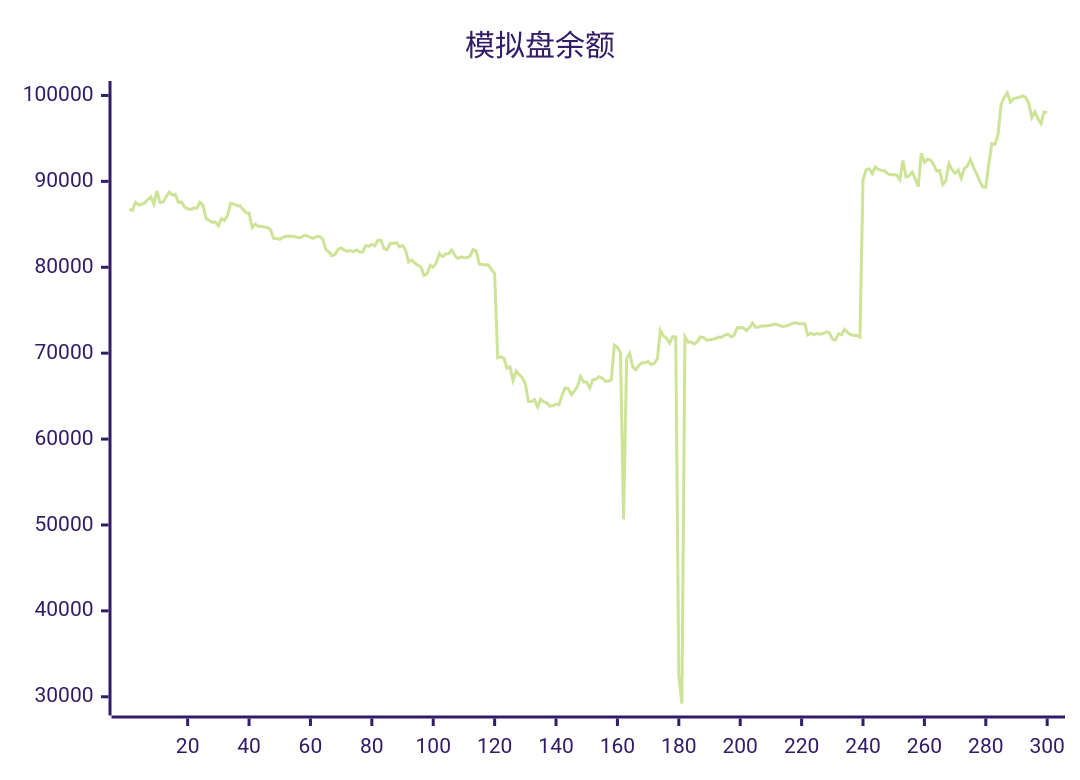
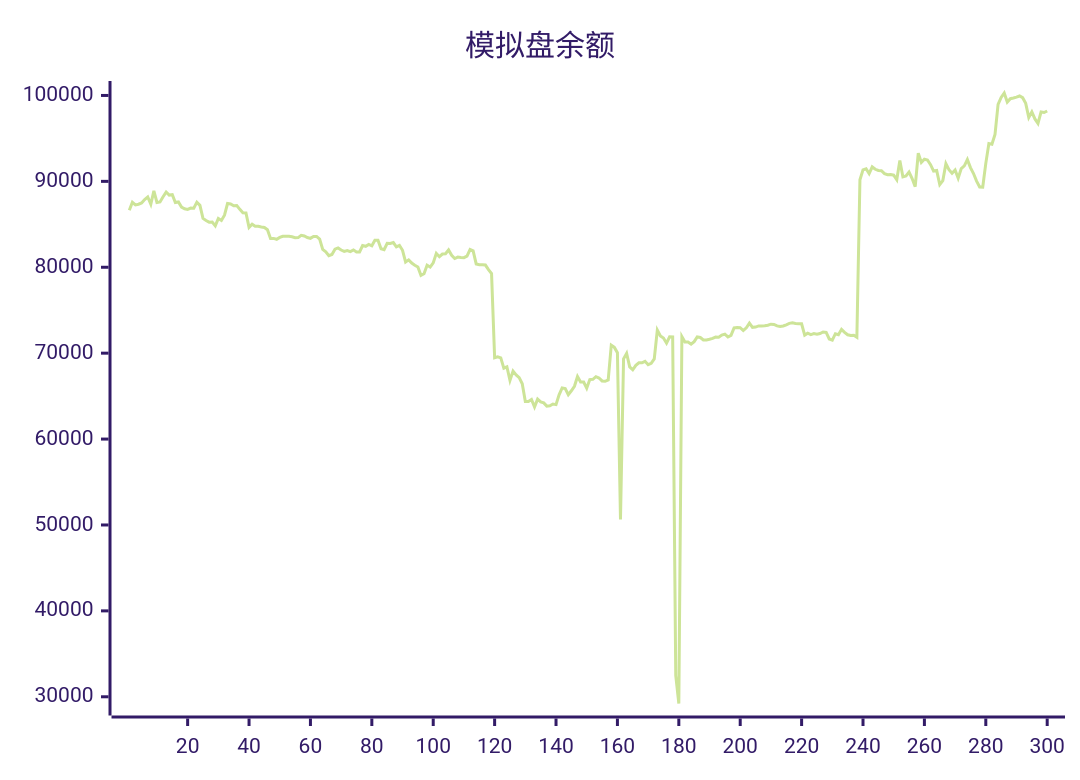
Before and after one commit to aahl/ai-trading: the diagram in README.md, drawn with Mermaid (forest theme). The commit also changed other lines of this file and 1 other file, not shown here.

````diff
--- a/README.md
+++ b/README.md
@@ -5,5 +5,5 @@
 ```mermaid
 xychart
     title "模拟盘余额"
-    line [86740,86630,87563,87264,87335,87483,87886,88180,87335,88894,87544,87608,88207,88755,88401,88444,87543,87608,87000,86810,86740,86894,86884,87576,87209,85686,85435,85251,85255,84820,85689,85453,86066,87420,87373,87161,87178,86740,86341,86315,84643,85012,84772,84768,84690,84635,84376,83360,83357,83259,83474,83608,83606,83602,83548,83440,83454,83724,83644,83464,83365,83590,83592,83275,82072,81806,81344,81492,82109,82254,82006,81848,81955,81829,82022,81769,81776,82522,82441,82656,82498,83144,83144,82150,82038,82797,82763,82872,82367,82536,81981,80612,80862,80484,80242,80034,79063,79245,80226,80016,80507,81625,81233,81544,81578,82016,81401,81019,81186,81130,81118,81306,82066,81909,80392,80304,80291,80258,79729,79261,69466,69579,69456,68251,68415,66832,67911,67462,67144,66432,64380,64375,64606,63740,64647,64324,64216,63842,63877,64078,64008,65156,65945,65888,65157,65625,66144,67284,66653,66639,65924,66925,66956,67263,67108,66766,66729,66886,70927,70673,70049,50652,69334,69973,68400,68061,68578,68876,68879,69055,68662,68822,69329,72687,71999,71760,71162,71911,71896,32500,29218,71927,71297,71305,71044,71337,71883,71822,71536,71536,71622,71723,71880,71860,72100,72216,71887,72077,72940,72976,72966,72638,72948,73497,73004,73041,73173,73160,73186,73258,73375,73351,73173,73098,73161,73305,73474,73536,73457,73413,73412,72100,72333,72164,72272,72204,72285,72461,72421,71652,71521,72267,72157,72774,72424,72144,72060,72091,71858,90185,91338,91466,90900,91678,91404,91268,91244,90903,90779,90787,90721,90187,92429,90518,90619,91070,90328,89376,93286,92202,92581,92485,91947,91196,91259,89619,90086,92063,91355,90950,91327,90373,91498,91800,92531,91603,90910,90031,89351,89334,92097,94406,94315,95455,98972,99763,100286,99229,99622,99701,99805,99938,99738,99082,97430,98094,97267,96741,98081,98013]
+    line [86630,87563,87264,87335,87483,87886,88180,87335,88894,87544,87608,88207,88755,88401,88444,87543,87608,87000,86810,86740,86894,86884,87576,87209,85686,85435,85251,85255,84820,85689,85453,86066,87420,87373,87161,87178,86740,86341,86315,84643,85012,84772,84768,84690,84635,84376,83360,83357,83259,83474,83608,83606,83602,83548,83440,83454,83724,83644,83464,83365,83590,83592,83275,82072,81806,81344,81492,82109,82254,82006,81848,81955,81829,82022,81769,81776,82522,82441,82656,82498,83144,83144,82150,82038,82797,82763,82872,82367,82536,81981,80612,80862,80484,80242,80034,79063,79245,80226,80016,80507,81625,81233,81544,81578,82016,81401,81019,81186,81130,81118,81306,82066,81909,80392,80304,80291,80258,79729,79261,69466,69579,69456,68251,68415,66832,67911,67462,67144,66432,64380,64375,64606,63740,64647,64324,64216,63842,63877,64078,64008,65156,65945,65888,65157,65625,66144,67284,66653,66639,65924,66925,66956,67263,67108,66766,66729,66886,70927,70673,70049,50652,69334,69973,68400,68061,68578,68876,68879,69055,68662,68822,69329,72687,71999,71760,71162,71911,71896,32500,29218,71927,71297,71305,71044,71337,71883,71822,71536,71536,71622,71723,71880,71860,72100,72216,71887,72077,72940,72976,72966,72638,72948,73497,73004,73041,73173,73160,73186,73258,73375,73351,73173,73098,73161,73305,73474,73536,73457,73413,73412,72100,72333,72164,72272,72204,72285,72461,72421,71652,71521,72267,72157,72774,72424,72144,72060,72091,71858,90185,91338,91466,90900,91678,91404,91268,91244,90903,90779,90787,90721,90187,92429,90518,90619,91070,90328,89376,93286,92202,92581,92485,91947,91196,91259,89619,90086,92063,91355,90950,91327,90373,91498,91800,92531,91603,90910,90031,89351,89334,92097,94406,94315,95455,98972,99763,100286,99229,99622,99701,99805,99938,99738,99082,97430,98094,97267,96741,98081,98013,98194]
 ```
````
